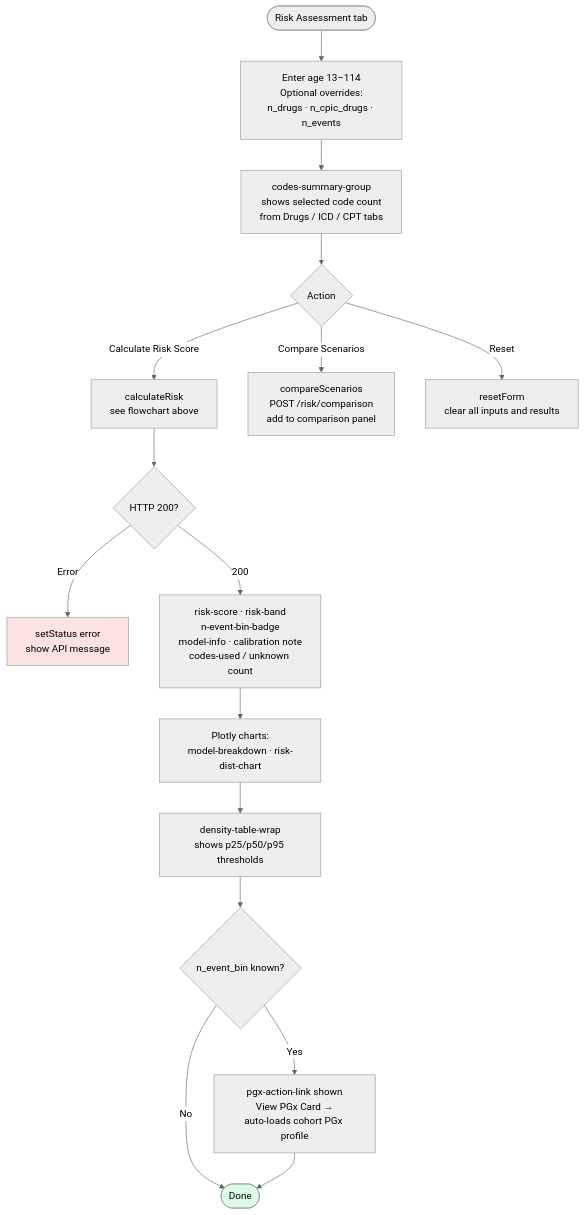
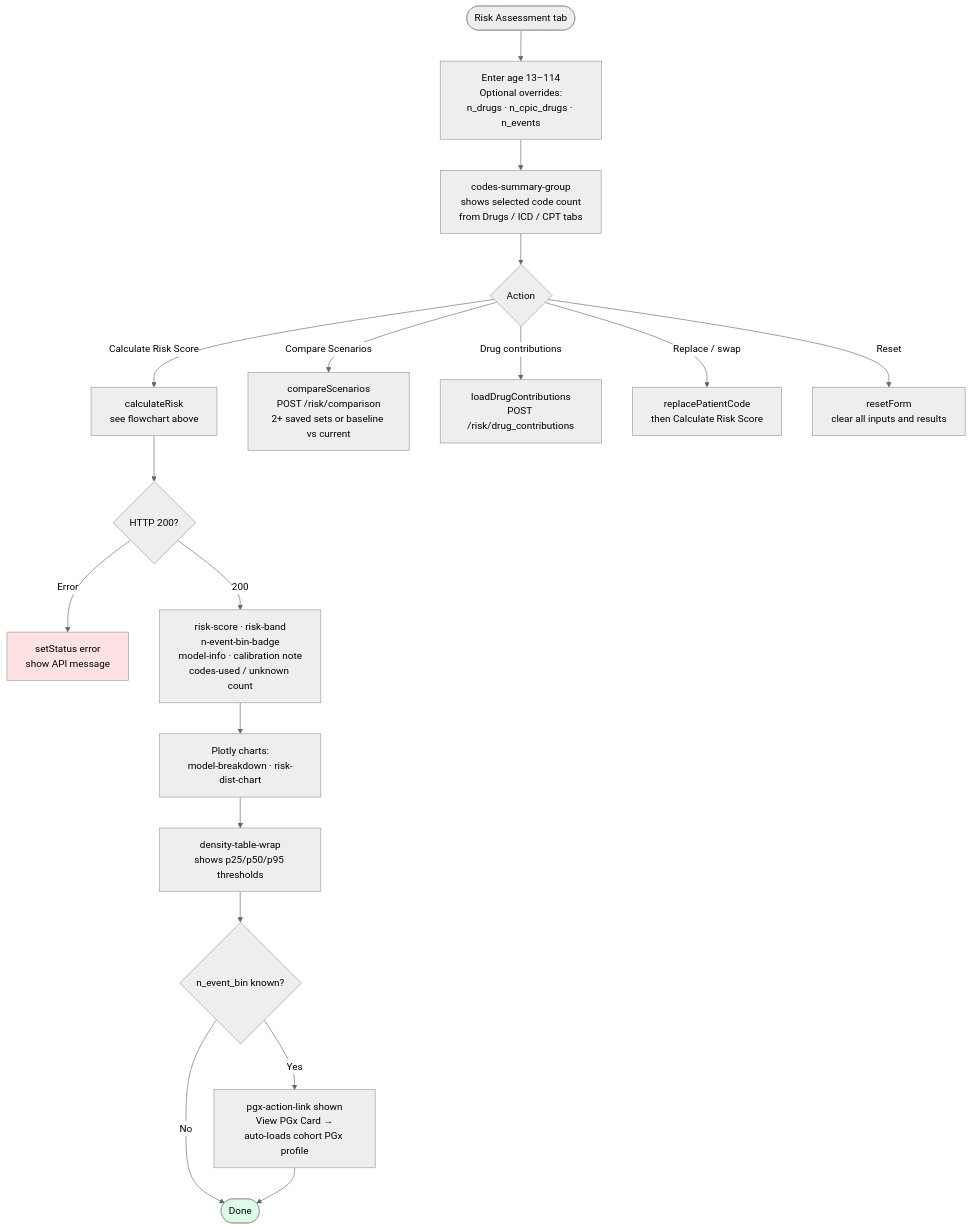
One commit to Jerome3590/pgx-analysis changed the fifth of 13 diagrams in 10_risk_dashboard/README.md. Above: the diagram before and after it, drawn with Mermaid (neutral theme). The commit also changed other lines of this file and 63 other files, not shown here.

````diff
--- a/10_risk_dashboard/README.md
+++ b/10_risk_dashboard/README.md
@@ -522,21 +551,23 @@
 ```mermaid
 flowchart TD
     A([Risk Assessment tab]) --> B[Enter age 13–114\nOptional overrides:\nn_drugs · n_cpic_drugs · n_events]
     B --> C[codes-summary-group\nshows selected code count\nfrom Drugs / ICD / CPT tabs]
     C --> D{Action}
     D -->|Calculate Risk Score| E[calculateRisk\nsee flowchart above]
-    D -->|Compare Scenarios| F[compareScenarios\nPOST /risk/comparison\nadd to comparison panel]
+    D -->|Compare Scenarios| F[compareScenarios\nPOST /risk/comparison\n2+ saved sets or baseline vs current]
+    D -->|Drug contributions| P[loadDrugContributions\nPOST /risk/drug_contributions]
+    D -->|Replace / swap| Q[replacePatientCode\nthen Calculate Risk Score]
     D -->|Reset| G[resetForm\nclear all inputs and results]
     E --> H{HTTP 200?}
     H -->|Error| I[setStatus error\nshow API message]
     H -->|200| J[risk-score · risk-band\nn-event-bin-badge\nmodel-info · calibration note\ncodes-used / unknown count]
     J --> K[Plotly charts:\nmodel-breakdown · risk-dist-chart]
     K --> L[density-table-wrap\nshows p25/p50/p95 thresholds]
     L --> M{n_event_bin known?}
     M -->|Yes| N[pgx-action-link shown\nView PGx Card →\nauto-loads cohort PGx profile]
     M -->|No| O([Done])
     N --> O
 
     style I fill:#fee2e2
     style O fill:#dcfce7
 ```
````
